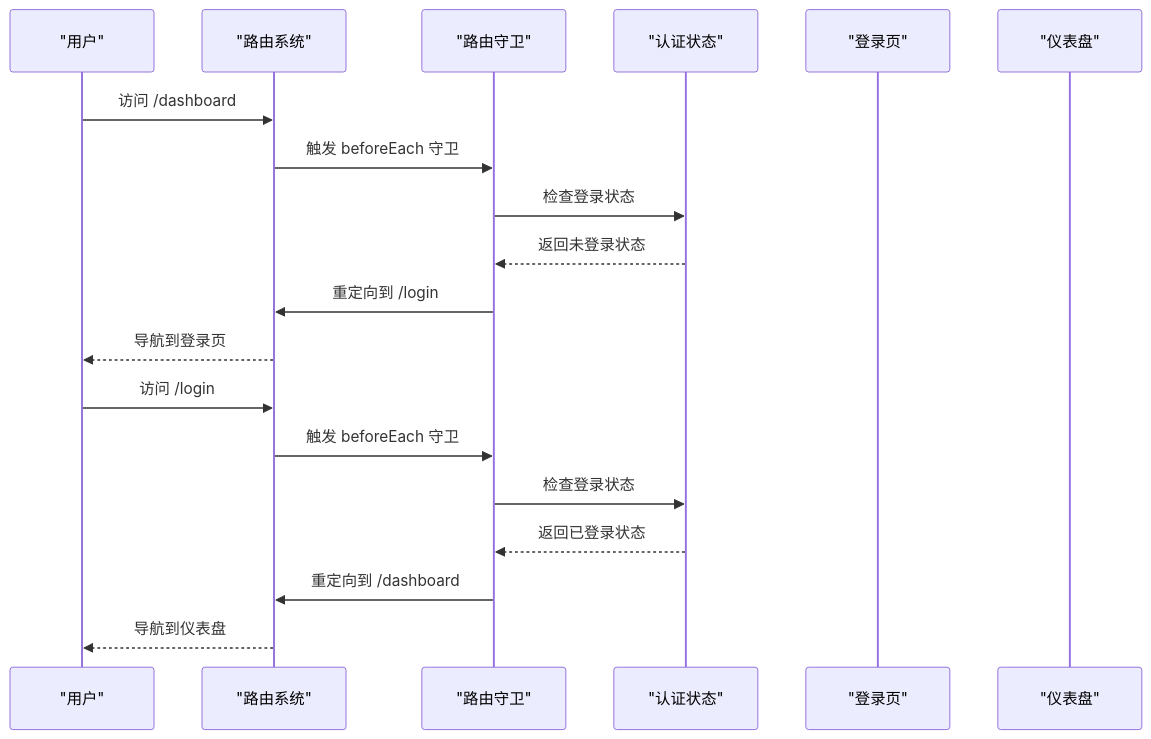
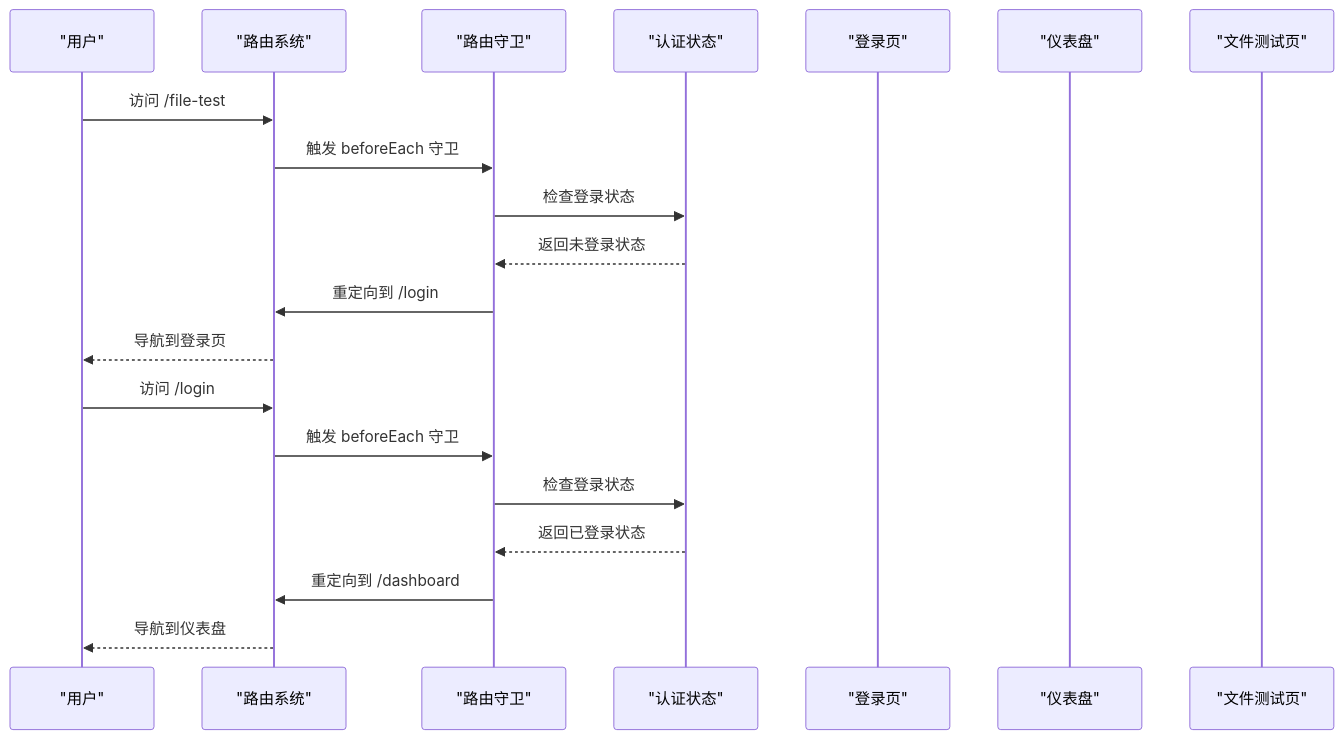
Before and after one commit to ATOMLubover/poprako: the sixth of 14 diagrams in .qoder/repowiki/zh/content/前端应用架构/Vue 应用结构.md, drawn with Mermaid. The commit also changed other lines of this file and 5 other files, not shown here.

````diff
--- a/.qoder/repowiki/zh/content/前端应用架构/Vue 应用结构.md
+++ b/.qoder/repowiki/zh/content/前端应用架构/Vue 应用结构.md
@@ -253,21 +268,22 @@
 ```mermaid
 sequenceDiagram
 participant User as "用户"
 participant Router as "路由系统"
 participant Guard as "路由守卫"
 participant AuthStore as "认证状态"
 participant LoginPage as "登录页"
 participant Dashboard as "仪表盘"
-User->>Router : 访问 /dashboard
+participant FileTest as "文件测试页"
+User->>Router : 访问 /file-test
 Router->>Guard : 触发 beforeEach 守卫
 Guard->>AuthStore : 检查登录状态
 AuthStore-->>Guard : 返回未登录状态
 Guard->>Router : 重定向到 /login
 Router-->>User : 导航到登录页
 User->>Router : 访问 /login
 Router->>Guard : 触发 beforeEach 守卫
 Guard->>AuthStore : 检查登录状态
 AuthStore-->>Guard : 返回已登录状态
 Guard->>Router : 重定向到 /dashboard
 Router-->>User : 导航到仪表盘
 ```
````
